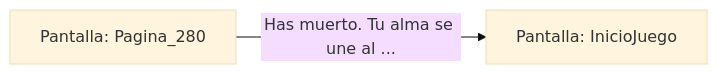
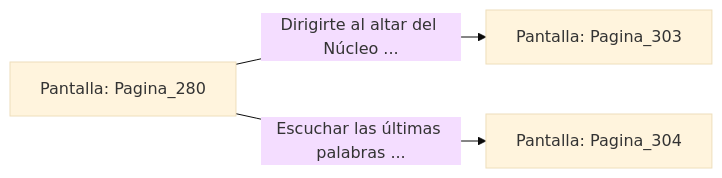
The diagram in sample/eligejuego-vault/Pantalla_Pagina_280.md (metsuke/mpl), drawn with Mermaid (base theme) before and after one commit. The commit also changed other lines of this file and 635 other files, not shown here.

First line of the commit message:
fix: añadir Pagina_1 como pantalla inicial en capitulo_01.mpl

````diff
--- a/sample/eligejuego-vault/Pantalla_Pagina_280.md
+++ b/sample/eligejuego-vault/Pantalla_Pagina_280.md
@@ -17,5 +22,6 @@
 ```mermaid
 graph LR
     P_Pagina_280["Pantalla: Pagina_280"]
-    P_Pagina_280 -->|"Has muerto. Tu alma se une al ..."| P_InicioJuego["Pantalla: InicioJuego"]
+    P_Pagina_280 -->|"Dirigirte al altar del Núcleo ..."| P_Pagina_303["Pantalla: Pagina_303"]
+    P_Pagina_280 -->|"Escuchar las últimas palabras ..."| P_Pagina_304["Pantalla: Pagina_304"]
 ```
````
